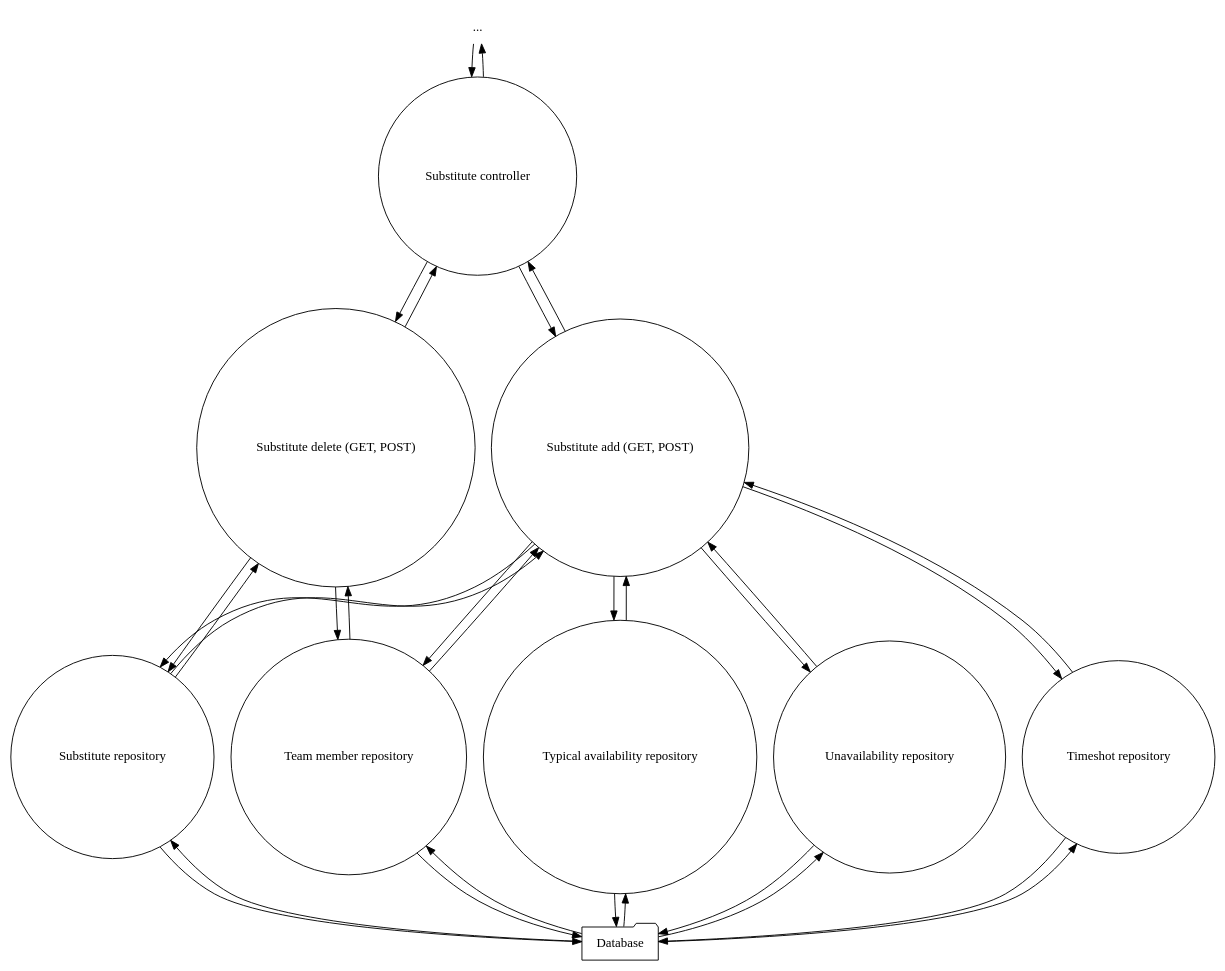
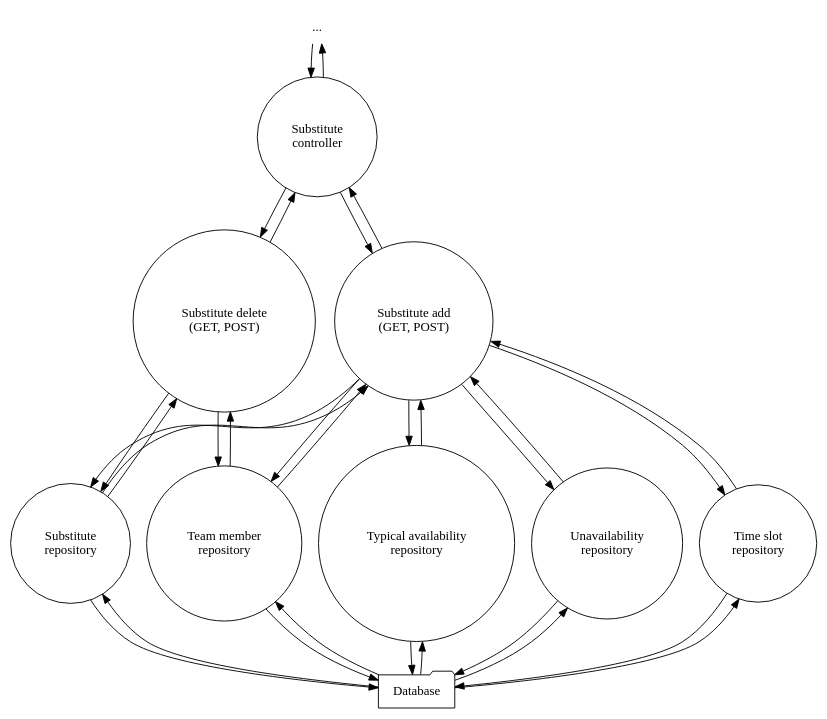
The diagram in design/data_flow_diagrams/level_3.8_substitutes.dot (luke-hamann/stc-cis-248), drawn with Graphviz before and after one commit. The commit also changed 13 other files, not shown here.

```diff
--- a/design/data_flow_diagrams/level_3.8_substitutes.dot
+++ b/design/data_flow_diagrams/level_3.8_substitutes.dot
@@ -1,52 +1,52 @@
 digraph data_flow_diagram {
     node [ shape = circle ]
     
     "..." [ shape = none ]
     
-    "..." -> "Substitute controller" -> "..."
+    "..." -> "Substitute\ncontroller" -> "..."
 
     subgraph actions {
         rank = same
         
-        "Substitute add (GET, POST)"
-        "Substitute delete (GET, POST)"
+        "Substitute add\n(GET, POST)"
+        "Substitute delete\n(GET, POST)"
     }
     
-    "Substitute controller" -> {
-        "Substitute add (GET, POST)"
-        "Substitute delete (GET, POST)"
-    } -> "Substitute controller"
+    "Substitute\ncontroller" -> {
+        "Substitute add\n(GET, POST)"
+        "Substitute delete\n(GET, POST)"
+    } -> "Substitute\ncontroller"
     
     subgraph repositories {
         rank = same
         
-        "Team member repository"
-        "Substitute repository"
-        "Typical availability repository"
-        "Unavailability repository"
-        "Timeshot repository"
+        "Team member\nrepository"
+        "Substitute\nrepository"
+        "Typical availability\nrepository"
+        "Unavailability\nrepository"
+        "Time slot\nrepository"
     }
     
-    "Substitute add (GET, POST)" -> {
-        "Team member repository"
-        "Substitute repository"
-        "Typical availability repository"
-        "Unavailability repository"
-        "Timeshot repository"
-    } -> "Substitute add (GET, POST)"
+    "Substitute add\n(GET, POST)" -> {
+        "Team member\nrepository"
+        "Substitute\nrepository"
+        "Typical availability\nrepository"
+        "Unavailability\nrepository"
+        "Time slot\nrepository"
+    } -> "Substitute add\n(GET, POST)"
     
-    "Substitute delete (GET, POST)" -> {
-        "Team member repository"
-        "Substitute repository"
-    } ->  "Substitute delete (GET, POST)"
+    "Substitute delete\n(GET, POST)" -> {
+        "Team member\nrepository"
+        "Substitute\nrepository"
+    } ->  "Substitute delete\n(GET, POST)"
     
     Database [ shape = folder ]
     
     Database -> {
-        "Team member repository"
-        "Substitute repository"
-        "Typical availability repository"
-        "Unavailability repository"
-        "Timeshot repository"
+        "Team member\nrepository"
+        "Substitute\nrepository"
+        "Typical availability\nrepository"
+        "Unavailability\nrepository"
+        "Time slot\nrepository"
     } -> Database
 }
```
